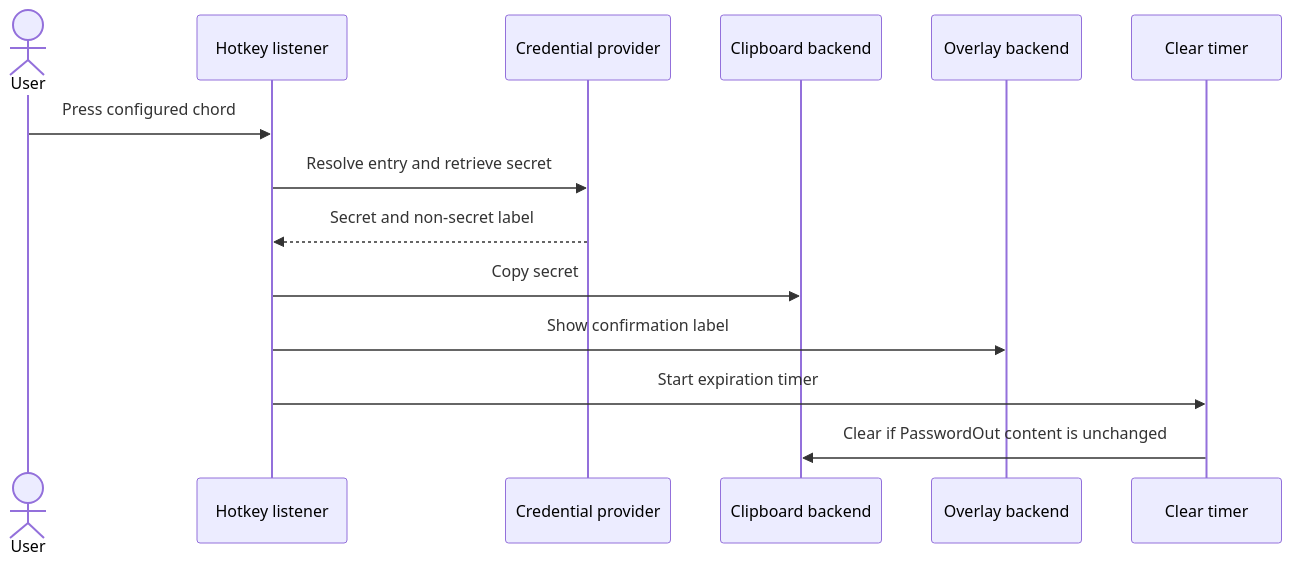
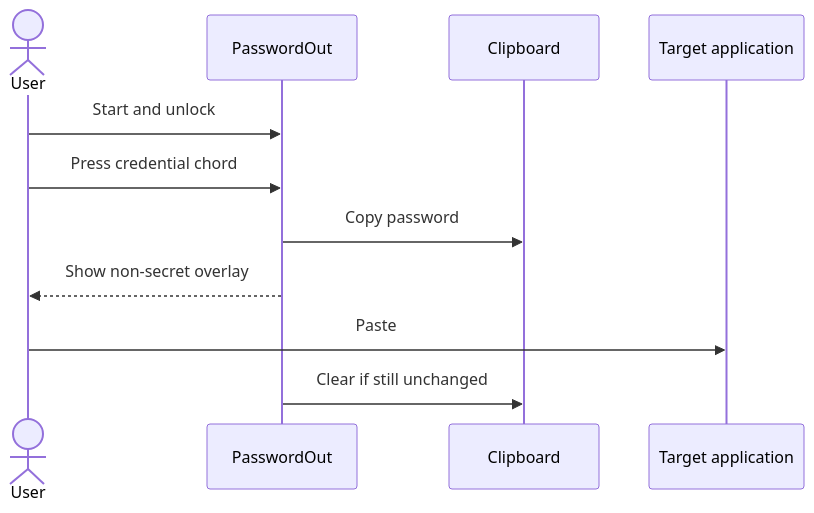
The second of 2 diagrams in README.md (tobymoreno/password-out), drawn with Mermaid before and after one commit. The commit also changed other lines of this file and 2 other files, not shown here.

````diff
--- a/README.md
+++ b/README.md
@@ -125,17 +1522,14 @@
 ```mermaid
 sequenceDiagram
     actor User
-    participant Hotkey as Hotkey listener
-    participant Provider as Credential provider
-    participant Clipboard as Clipboard backend
-    participant Overlay as Overlay backend
-    participant Timer as Clear timer
+    participant Listener as PasswordOut
+    participant Clipboard
+    participant App as Target application
 
-    User->>Hotkey: Press configured chord
-    Hotkey->>Provider: Resolve entry and retrieve secret
-    Provider-->>Hotkey: Secret and non-secret label
-    Hotkey->>Clipboard: Copy secret
-    Hotkey->>Overlay: Show confirmation label
-    Hotkey->>Timer: Start expiration timer
-    Timer->>Clipboard: Clear if PasswordOut content is unchanged
+    User->>Listener: Start and unlock
+    User->>Listener: Press credential chord
+    Listener->>Clipboard: Copy password
+    Listener-->>User: Show non-secret overlay
+    User->>App: Paste
+    Listener->>Clipboard: Clear if still unchanged
 ```
````
